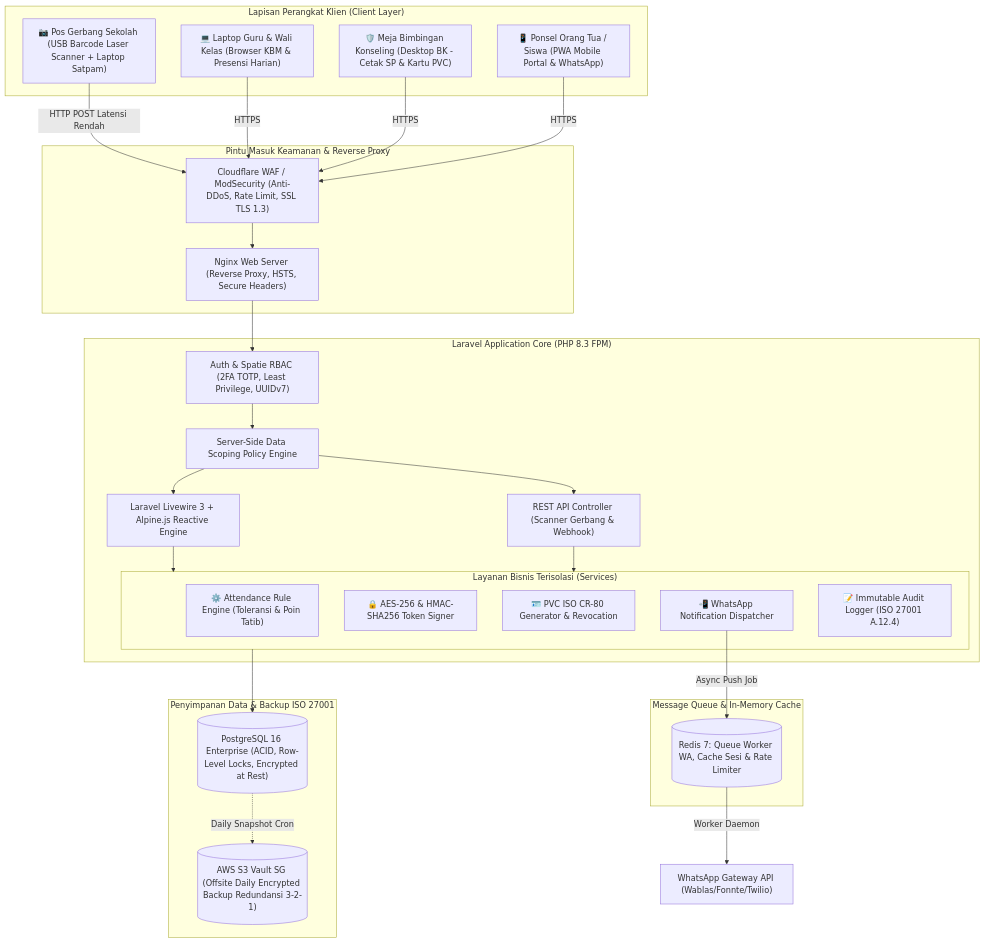
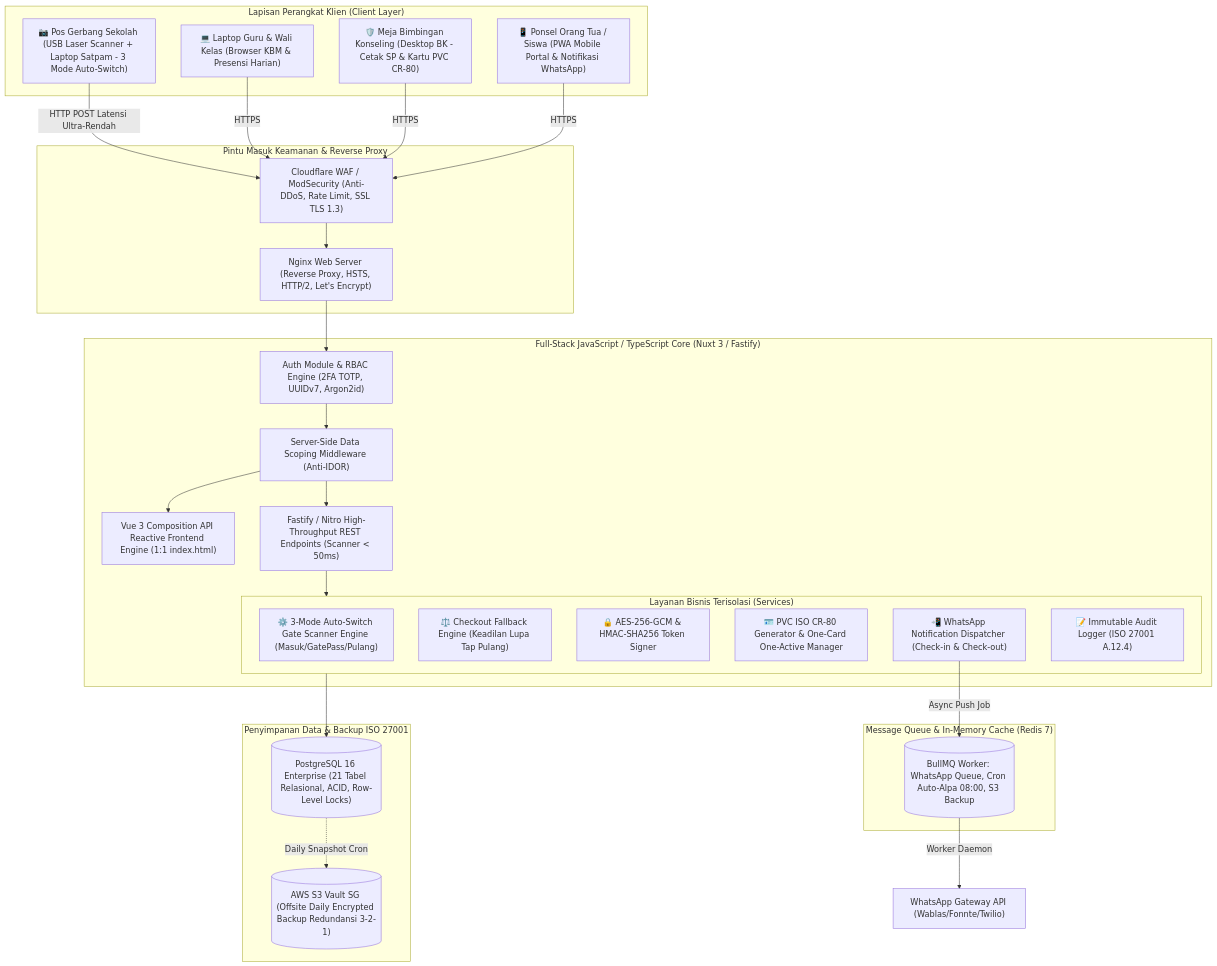
One commit to benny-abdullah/school_app changed the diagram in plan/docs/03_ARSITEKTUR.md. Above: the diagram before and after it, drawn with Mermaid. The commit also changed other lines of this file and 12 other files, not shown here.

First line of the commit message:
docs(plan): modernize architecture to JavaScript stack and refine attendance lifecycle

````diff
--- a/plan/docs/03_ARSITEKTUR.md
+++ b/plan/docs/03_ARSITEKTUR.md
@@ -14,55 +16,56 @@
 ```mermaid
 graph TD
     subgraph Clients ["Lapisan Perangkat Klien (Client Layer)"]
-        POS["📷 Pos Gerbang Sekolah (USB Barcode Laser Scanner + Laptop Satpam)"]
+        POS["📷 Pos Gerbang Sekolah (USB Laser Scanner + Laptop Satpam - 3 Mode Auto-Switch)"]
         TEACH["💻 Laptop Guru & Wali Kelas (Browser KBM & Presensi Harian)"]
-        BK["🛡️ Meja Bimbingan Konseling (Desktop BK - Cetak SP & Kartu PVC)"]
-        ORTU["📱 Ponsel Orang Tua / Siswa (PWA Mobile Portal & WhatsApp)"]
+        BK["🛡️ Meja Bimbingan Konseling (Desktop BK - Cetak SP & Kartu PVC CR-80)"]
+        ORTU["📱 Ponsel Orang Tua / Siswa (PWA Mobile Portal & Notifikasi WhatsApp)"]
     end
 
     subgraph Security_Gateway ["Pintu Masuk Keamanan & Reverse Proxy"]
         WAF["Cloudflare WAF / ModSecurity (Anti-DDoS, Rate Limit, SSL TLS 1.3)"]
-        NGX["Nginx Web Server (Reverse Proxy, HSTS, Secure Headers)"]
+        NGX["Nginx Web Server (Reverse Proxy, HSTS, HTTP/2, Let's Encrypt)"]
     end
 
-    subgraph Application_Core ["Laravel Application Core (PHP 8.3 FPM)"]
-        AUTH["Auth & Spatie RBAC (2FA TOTP, Least Privilege, UUIDv7)"]
-        POL["Server-Side Data Scoping Policy Engine"]
-        LIVE["Laravel Livewire 3 + Alpine.js Reactive Engine"]
-        API["REST API Controller (Scanner Gerbang & Webhook)"]
+    subgraph Application_Core ["Full-Stack JavaScript / TypeScript Core (Nuxt 3 / Fastify)"]
+        AUTH["Auth Module & RBAC Engine (2FA TOTP, UUIDv7, Argon2id)"]
+        SCOPE["Server-Side Data Scoping Middleware (Anti-IDOR)"]
+        VUE["Vue 3 Composition API Reactive Frontend Engine (1:1 index.html)"]
+        API["Fastify / Nitro High-Throughput REST Endpoints (Scanner < 50ms)"]
         
         subgraph Business_Services ["Layanan Bisnis Terisolasi (Services)"]
-        RULE["⚙️ Attendance Rule Engine (Toleransi & Poin Tatib)"]
-        CRYPTO["🔒 AES-256 & HMAC-SHA256 Token Signer"]
-        CARD["🪪 PVC ISO CR-80 Generator & Revocation"]
-        NOTIF["📲 WhatsApp Notification Dispatcher"]
+        RULE["⚙️ 3-Mode Auto-Switch Gate Scanner Engine (Masuk/GatePass/Pulang)"]
+        JUSTICE["⚖️ Checkout Fallback Engine (Keadilan Lupa Tap Pulang)"]
+        CRYPTO["🔒 AES-256-GCM & HMAC-SHA256 Token Signer"]
+        CARD["🪪 PVC ISO CR-80 Generator & One-Card One-Active Manager"]
+        NOTIF["📲 WhatsApp Notification Dispatcher (Check-in & Check-out)"]
         AUDIT["📝 Immutable Audit Logger (ISO 27001 A.12.4)"]
         end
     end
 
-    subgraph Async_Queue ["Message Queue & In-Memory Cache"]
-        REDIS[("Redis 7: Queue Worker WA, Cache Sesi & Rate Limiter")]
+    subgraph Async_Queue ["Message Queue & In-Memory Cache (Redis 7)"]
+        BULLMQ[("BullMQ Worker: WhatsApp Queue, Cron Auto-Alpa 08:00, S3 Backup")]
     end
 
     subgraph Data_Persistence ["Penyimpanan Data & Backup ISO 27001"]
-        PG[("PostgreSQL 16 Enterprise (ACID, Row-Level Locks, Encrypted at Rest)")]
+        PG[("PostgreSQL 16 Enterprise (21 Tabel Relasional, ACID, Row-Level Locks)")]
         S3[("AWS S3 Vault SG (Offsite Daily Encrypted Backup Redundansi 3-2-1)")]
     end
 
-    POS -->|HTTP POST Latensi Rendah| WAF
+    POS -->|HTTP POST Latensi Ultra-Rendah| WAF
     TEACH -->|HTTPS| WAF
     BK -->|HTTPS| WAF
     ORTU -->|HTTPS| WAF
 
     WAF --> NGX
     NGX --> AUTH
-    AUTH --> POL
-    POL --> LIVE & API
-    LIVE & API --> Business_Services
+    AUTH --> SCOPE
+    SCOPE --> VUE & API
+    API --> Business_Services
     
-    NOTIF -->|Async Push Job| REDIS
-    REDIS -->|Worker Daemon| WABOT["WhatsApp Gateway API (Wablas/Fonnte/Twilio)"]
+    NOTIF -->|Async Push Job| BULLMQ
+    BULLMQ -->|Worker Daemon| WABOT["WhatsApp Gateway API (Wablas/Fonnte/Twilio)"]
     
     Business_Services --> PG
     PG -.->|Daily Snapshot Cron| S3
 ```
````
